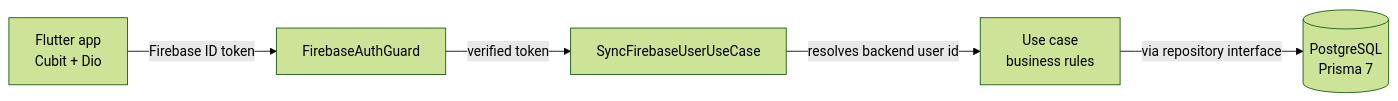
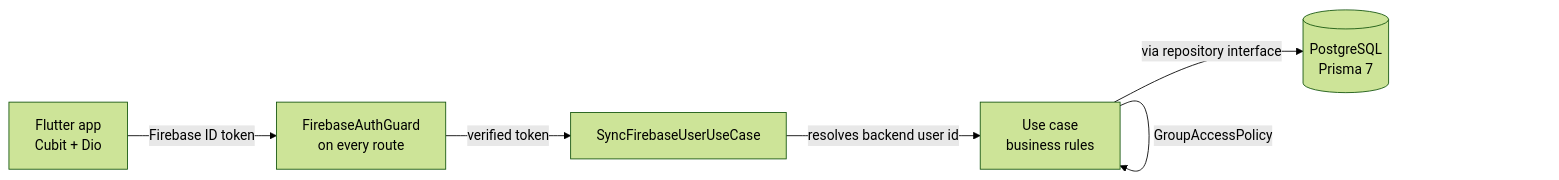
The ninth of 9 diagrams in README.md (Ndubito/Gawa), drawn with Mermaid (forest theme) before and after one commit. The commit also changed other lines of this file, not shown here.

First line of the commit message:
Document the money flow and diagram every proposed feature

````diff
--- a/README.md
+++ b/README.md
@@ -87,7 +259,8 @@
 ```mermaid
 flowchart LR
-    A[Flutter app<br/>Cubit + Dio] -->|Firebase ID token| B[FirebaseAuthGuard]
+    A[Flutter app<br/>Cubit + Dio] -->|Firebase ID token| B[FirebaseAuthGuard<br/>on every route]
     B -->|verified token| C[SyncFirebaseUserUseCase]
     C -->|resolves backend user id| D[Use case<br/>business rules]
+    D -->|GroupAccessPolicy| D
     D -->|via repository interface| E[(PostgreSQL<br/>Prisma 7)]
 ```
````
